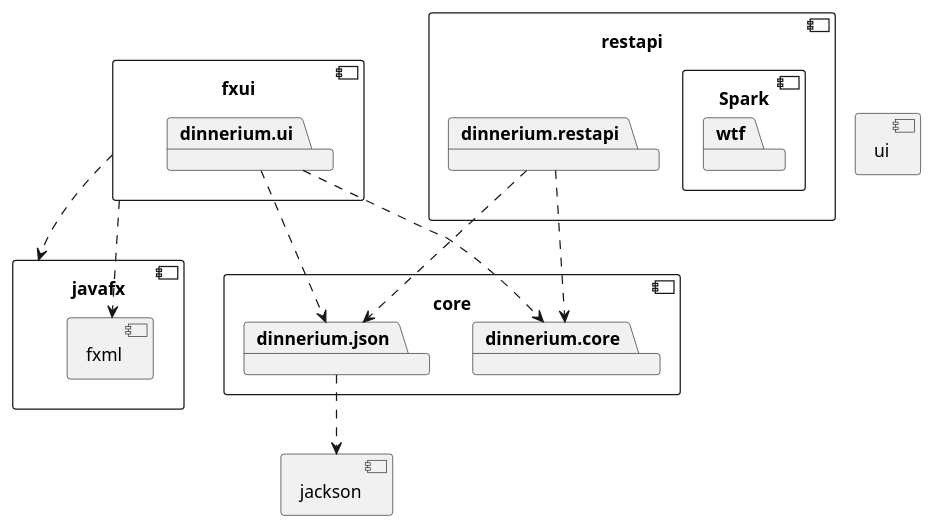
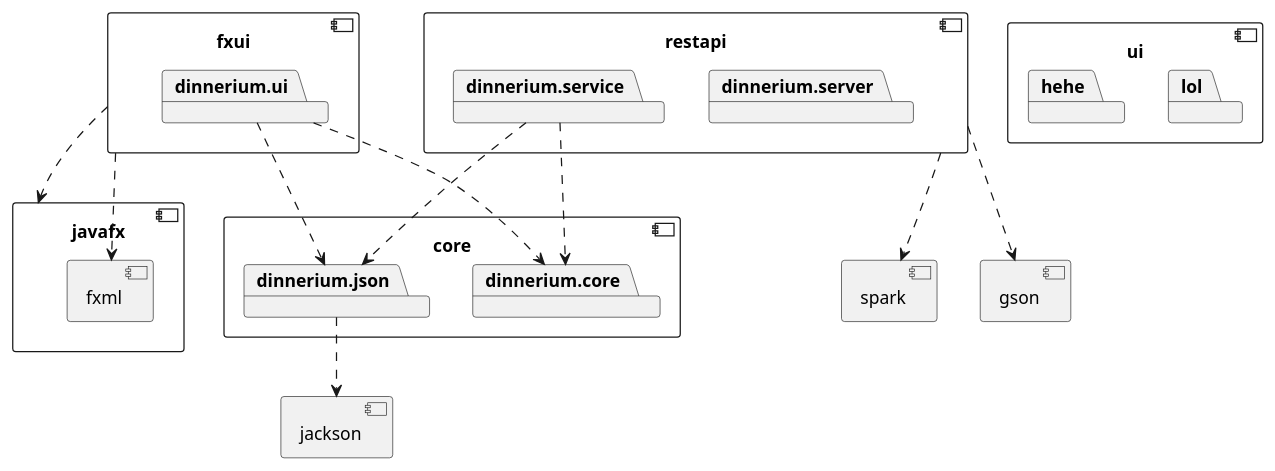
One commit to joonerik/dinnerium changed the diagram in documentation/diagrams/package_diagram.puml. Above: the diagram before and after it, drawn with PlantUML. The commit also changed 1 other file, not shown here.

Commit message:
progress on sequence and package diagrams

```diff
--- a/documentation/diagrams/package_diagram.puml
+++ b/documentation/diagrams/package_diagram.puml
@@ -1,44 +1,52 @@
 @startuml
 
 component core {
 	package dinnerium.core
 	package dinnerium.json
 }
 
 component jackson {
 }
 
 dinnerium.json ..> jackson
 
 component fxui {
 	package dinnerium.ui
 }
 
 dinnerium.ui ..> dinnerium.core
 dinnerium.ui ..> dinnerium.json
 
 component javafx {
 	component fxml {
 	}
 }
 
 fxui ..> javafx
 fxui ..> fxml
 
 component restapi {
-	component Spark {
-		package wtf
-	}
-	package dinnerium.restapi
+	package dinnerium.server
+	package dinnerium.service
 }
 
+component spark {
+}
+
+component gson {
+}
+
+restapi ..> spark
+restapi ..> gson
+
 component ui {
-	
+	package lol
+	package hehe
 }
 
 
-dinnerium.restapi ..> dinnerium.core
-dinnerium.restapi ..> dinnerium.json
+dinnerium.service ..> dinnerium.core
+dinnerium.service ..> dinnerium.json
 
 
 @enduml
```
